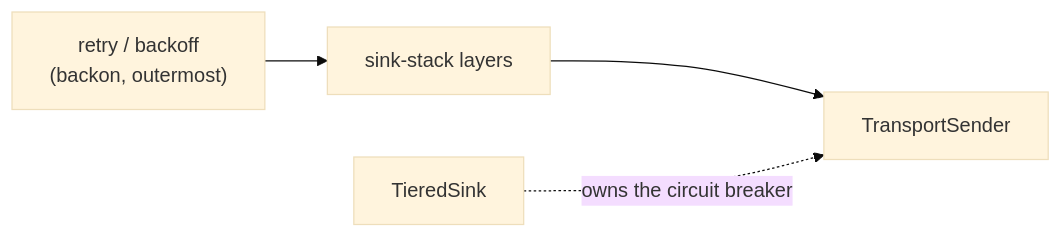
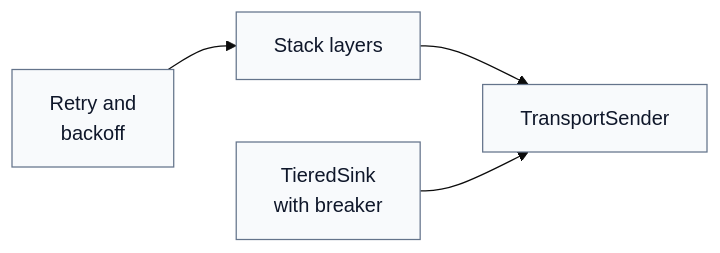
Before and after one commit to hyperi-io/scalo-rs: the second of 2 diagrams in docs/pipeline/sink-stack.md, drawn with Mermaid (base theme). The commit also changed other lines of this file and 55 other files, not shown here.

First line of the commit message:
docs(scalo-rs): redraw every diagram and fix claims against code

````diff
--- a/docs/pipeline/sink-stack.md
+++ b/docs/pipeline/sink-stack.md
@@ -52,6 +59,17 @@
 ```mermaid
 flowchart LR
-    RT["retry / backoff<br/>(backon, outermost)"] --> STK["sink-stack layers"]
-    STK --> SND["TransportSender"]
-    TS["TieredSink"] -.->|owns the circuit breaker| SND
+    accTitle: L4 Detail -- Retry and the breaker around a sender
+    accDescr: Retry and backoff wrap the stack layers, which wrap the transport sender. A TieredSink wraps a sender with its own circuit breaker and is not a stack layer.
+
+    retry["Retry and<br/>backoff"]
+    layers["Stack layers"]
+    tiered["TieredSink<br/>with breaker"]
+    sender["TransportSender"]
+
+    retry --> layers
+    layers --> sender
+    tiered --> sender
+    retry ~~~ tiered
+
+    classDef default fill:#F8FAFC,stroke:#64748B,stroke-width:1px,color:#0F172A
 ```
````
